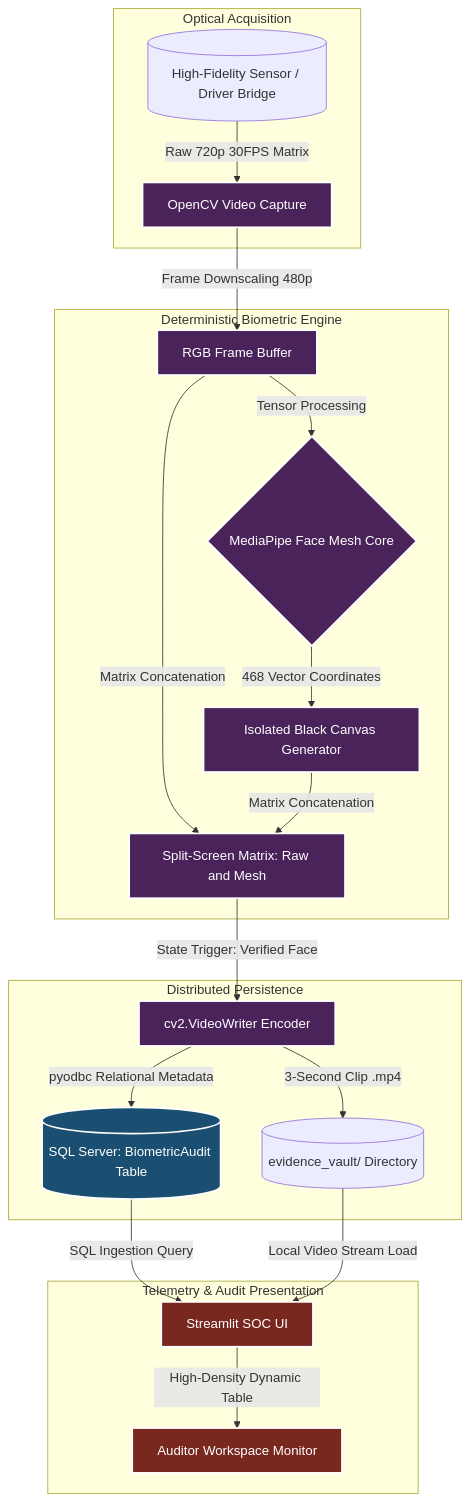
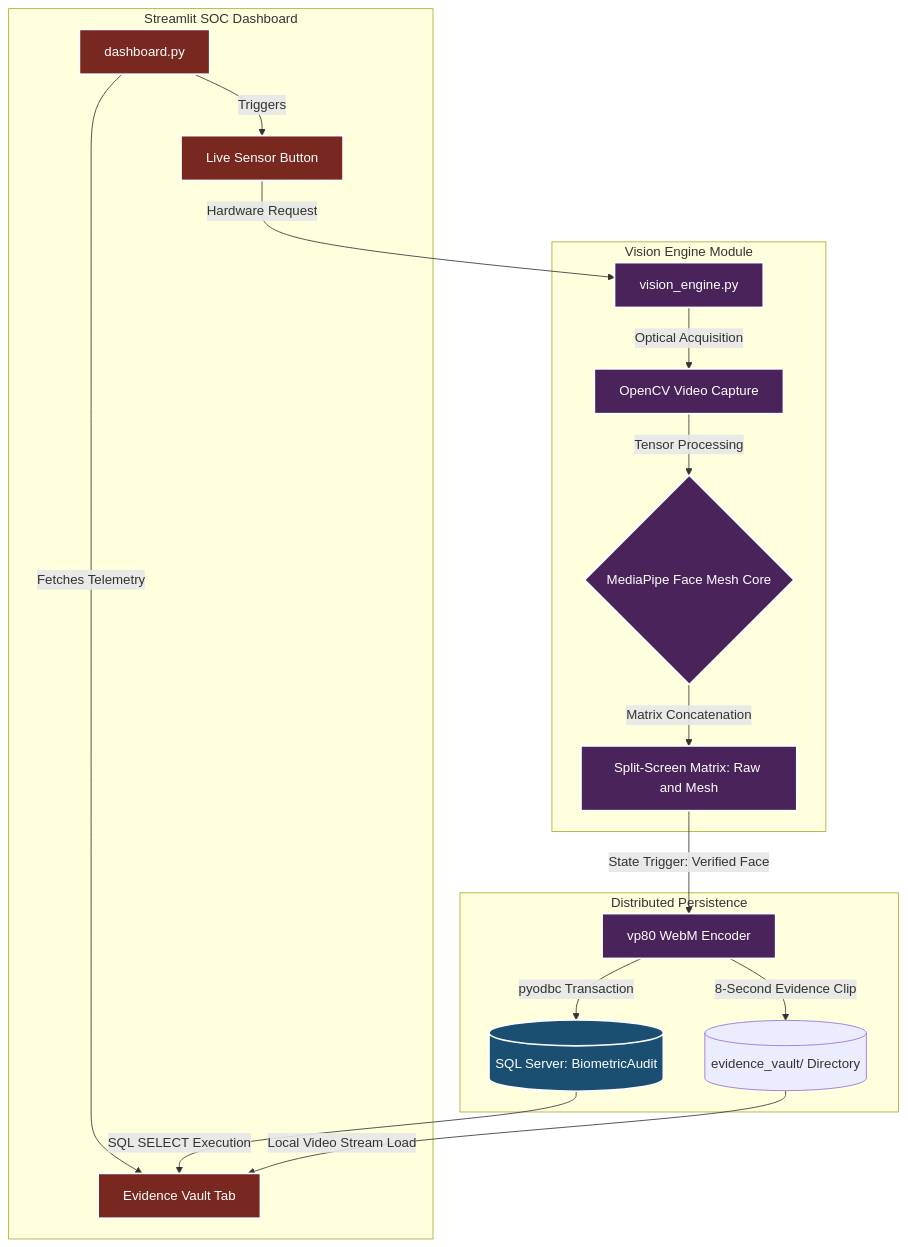
One commit to alejandro-javier-ds/Biometric-KYC-Verification-Engine changed the diagram in README.md. Above: the diagram before and after it, drawn with Mermaid. The commit also changed other lines of this file and 33 other files, not shown here.

Commit message:
feat: Enterprise architecture refactor with Unified Streamlit SOC and SQL telemetry

````diff
--- a/README.md
+++ b/README.md
@@ -19,35 +31,31 @@
 ```mermaid
 graph TD
-    subgraph Ingestion_Layer [Optical Acquisition]
-        CAM[(High-Fidelity Sensor / Driver Bridge)] -->|Raw 720p 30FPS Matrix| CAP[OpenCV Video Capture]
+    subgraph UI_Layer [Streamlit SOC Dashboard]
+        DB[dashboard.py] -->|Triggers| SENS[Live Sensor Button]
+        DB -->|Fetches Telemetry| VAULT[Evidence Vault Tab]
     end
 
-    subgraph Processing_Layer [Deterministic Biometric Engine]
-        CAP -->|Frame Downscaling 480p| REG[RGB Frame Buffer]
-        REG -->|Tensor Processing| MP{MediaPipe Face Mesh Core}
-        MP -->|468 Vector Coordinates| CNV[Isolated Black Canvas Generator]
-
-        REG -->|Matrix Concatenation| SPL[Split-Screen Matrix: Raw and Mesh]
-        CNV -->|Matrix Concatenation| SPL
+    subgraph Processing_Layer [Vision Engine Module]
+        SENS -->|Hardware Request| VE[vision_engine.py]
+        VE -->|Optical Acquisition| CAP[OpenCV Video Capture]
+        CAP -->|Tensor Processing| MP{MediaPipe Face Mesh Core}
+        MP -->|Matrix Concatenation| SPL[Split-Screen Matrix: Raw and Mesh]
     end
 
     subgraph Storage_Layer [Distributed Persistence]
-        SPL -->|State Trigger: Verified Face| VWR[cv2.VideoWriter Encoder]
-        VWR -->|3-Second Clip .mp4| VLT[(evidence_vault/ Directory)]
-        VWR -->|pyodbc Relational Metadata| SQL[(SQL Server: BiometricAudit Table)]
+        SPL -->|State Trigger: Verified Face| VWR[vp80 WebM Encoder]
+        VWR -->|8-Second Evidence Clip| VLT[(evidence_vault/ Directory)]
+        VWR -->|pyodbc Transaction| SQL[(SQL Server: BiometricAudit)]
     end
 
-    subgraph Security_Operations [Telemetry & Audit Presentation]
-        SQL -->|SQL Ingestion Query| ST[Streamlit SOC UI]
-        VLT -->|Local Video Stream Load| ST
-        ST -->|High-Density Dynamic Table| SOC[Auditor Workspace Monitor]
-    end
+    SQL -->|SQL SELECT Execution| VAULT
+    VLT -->|Local Video Stream Load| VAULT
 
     classDef database fill:#1B4F72,stroke:#fff,stroke-width:2px,color:#fff;
     classDef engine fill:#4A235A,stroke:#fff,stroke-width:2px,color:#fff;
     classDef display fill:#78281F,stroke:#fff,stroke-width:2px,color:#fff;
     
     class SQL database;
-    class CAP,REG,MP,CNV,SPL,VWR engine;
-    class ST,SOC display;
+    class VE,CAP,MP,SPL,VWR engine;
+    class DB,SENS,VAULT display;
 ```
````
